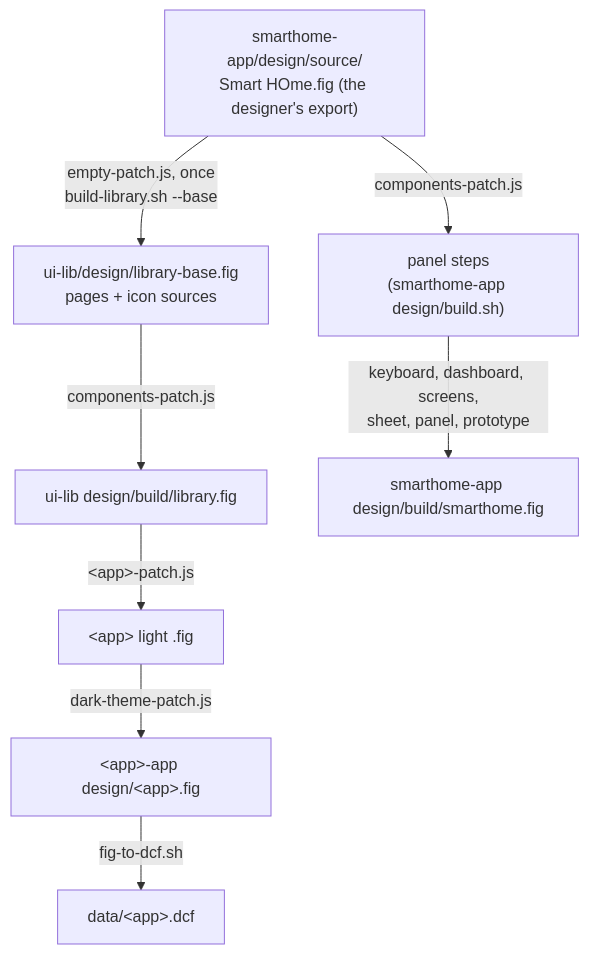
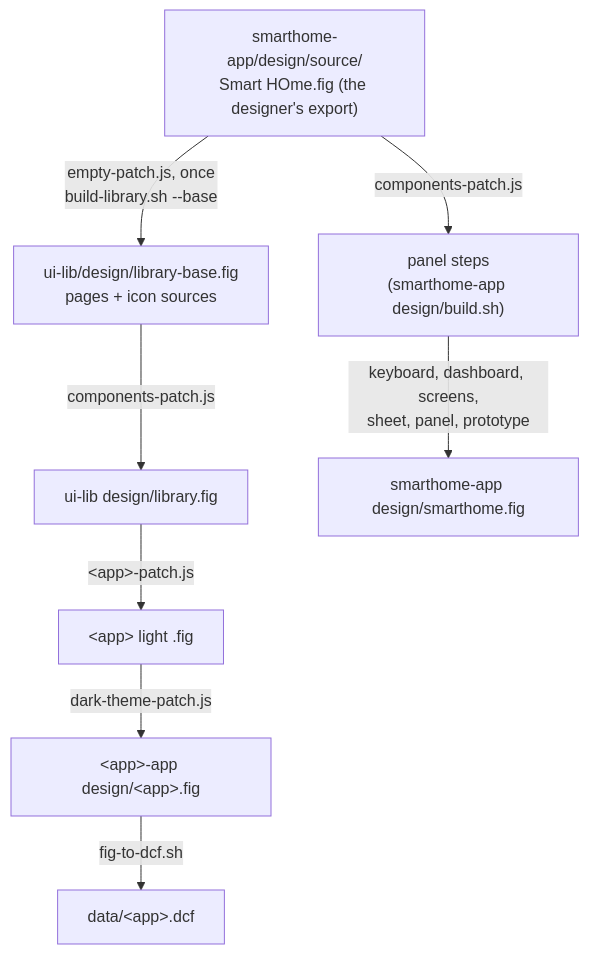
The third of 5 diagrams in design/figma/README.md (sdv-everyware/everyware), drawn with Mermaid before and after one commit. The commit also changed other lines of this file and 2 other files, not shown here.

First line of the commit message:
design: the built .fig of the panel and the Library is in git (design/smarthome.fig, design/library.fig)

````diff
--- a/design/figma/README.md
+++ b/design/figma/README.md
@@ -83,9 +83,9 @@
 ```mermaid
 flowchart TB
   X["smarthome-app/design/source/<br/>Smart HOme.fig (the designer's export)"]
   X -->|"empty-patch.js, once<br/>build-library.sh --base"| B["ui-lib/design/library-base.fig<br/>pages + icon sources"]
-  B -->|components-patch.js| LIB["ui-lib design/build/library.fig"]
+  B -->|components-patch.js| LIB["ui-lib design/library.fig"]
   LIB -->|"&lt;app&gt;-patch.js"| AL["&lt;app&gt; light .fig"] -->|dark-theme-patch.js| AF["&lt;app&gt;-app design/&lt;app&gt;.fig"] -->|fig-to-dcf.sh| AD["data/&lt;app&gt;.dcf"]
-  X -->|components-patch.js| P1 -->|"keyboard, dashboard, screens,<br/>sheet, panel, prototype"| PF["smarthome-app design/build/smarthome.fig"]
+  X -->|components-patch.js| P1 -->|"keyboard, dashboard, screens,<br/>sheet, panel, prototype"| PF["smarthome-app design/smarthome.fig"]
   P1["panel steps<br/>(smarthome-app design/build.sh)"]
 ```
````
